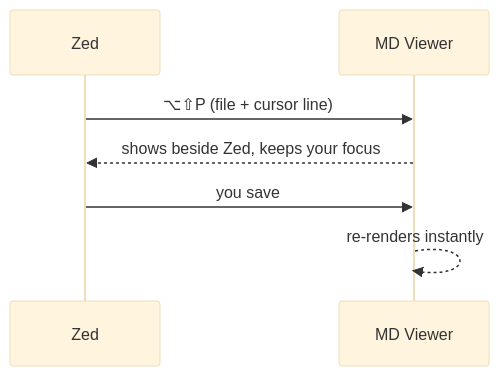
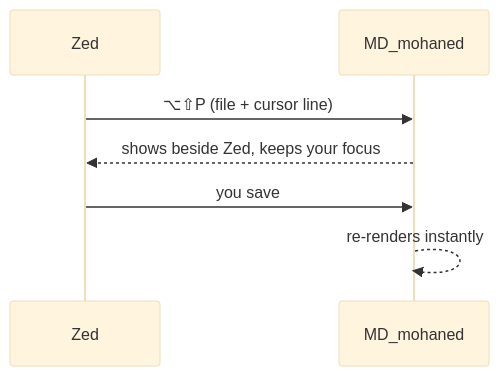
One commit to MohanedAwad/MD_mohaned changed the second of 2 diagrams in fixtures/Feature Tour.md. Above: the diagram before and after it, drawn with Mermaid (base theme). The commit also changed other lines of this file and 15 other files, not shown here.

````diff
--- a/fixtures/Feature Tour.md
+++ b/fixtures/Feature Tour.md
@@ -51,9 +51,9 @@
 ```mermaid
 sequenceDiagram
   participant Z as Zed
-  participant V as MD Viewer
+  participant V as MD_mohaned
   Z->>V: ⌥⇧P (file + cursor line)
   V-->>Z: shows beside Zed, keeps your focus
   Z->>V: you save
   V-->>V: re-renders instantly
 ```
````
